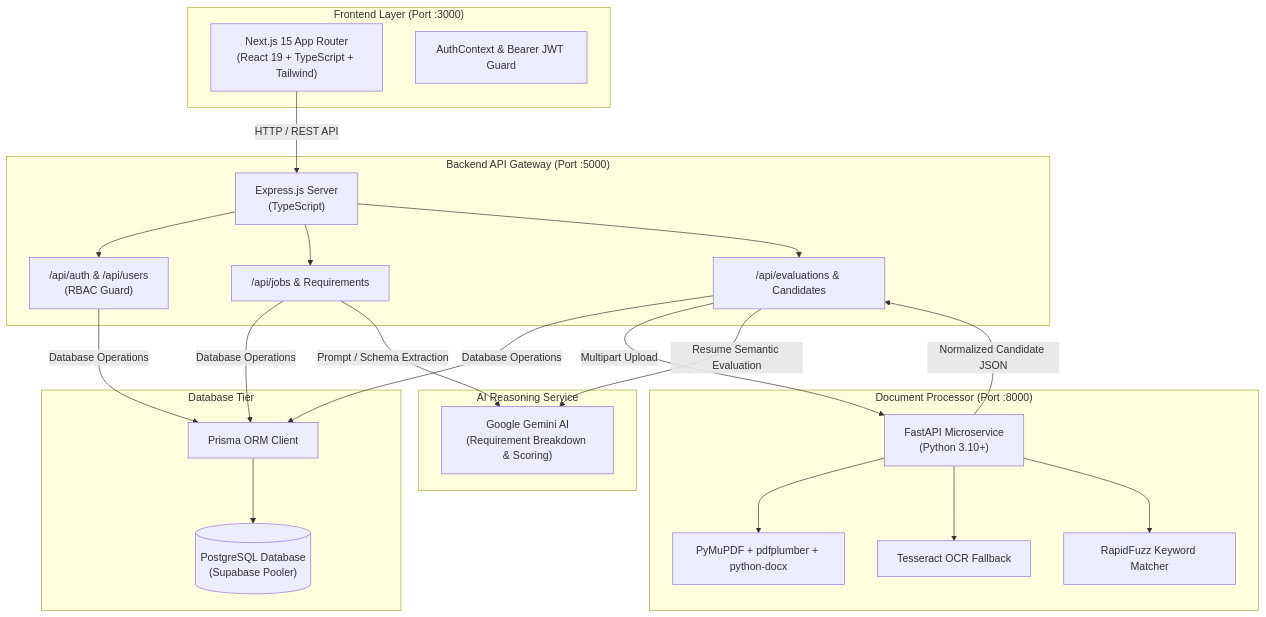
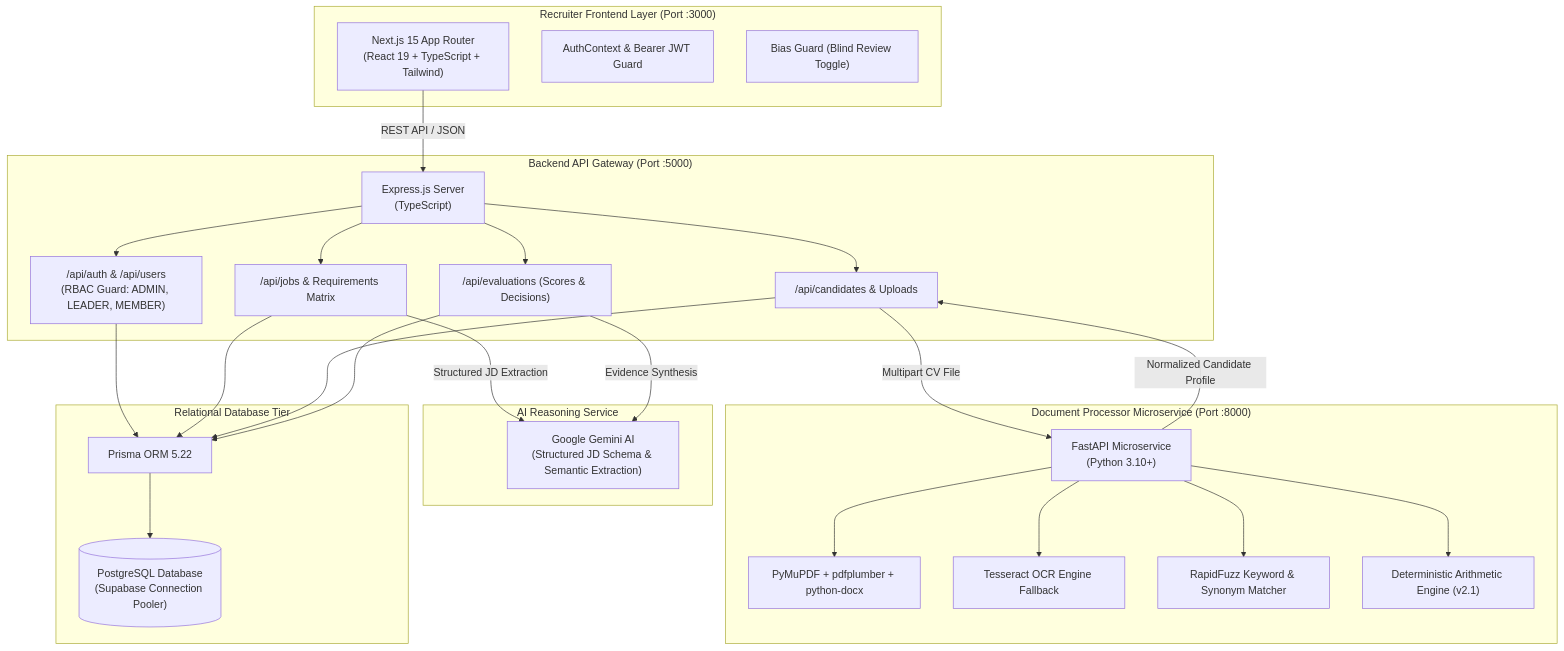
One commit to operations2003/ATS changed the diagram in README.md. Above: the diagram before and after it, drawn with Mermaid. The commit also changed other lines of this file and 13 other files, not shown here.

````diff
--- a/README.md
+++ b/README.md
@@ -81,49 +92,45 @@
 ```mermaid
 flowchart TD
-    subgraph Client["Frontend Layer (Port :3000)"]
+    subgraph Client["Recruiter Frontend Layer (Port :3000)"]
         Next["Next.js 15 App Router\n(React 19 + TypeScript + Tailwind)"]
         AuthContext["AuthContext & Bearer JWT Guard"]
+        BiasGuard["Bias Guard (Blind Review Toggle)"]
     end
 
     subgraph API["Backend API Gateway (Port :5000)"]
         Express["Express.js Server\n(TypeScript)"]
-        AuthRoute["/api/auth & /api/users\n(RBAC Guard)"]
-        JobRoute["/api/jobs & Requirements"]
-        EvalRoute["/api/evaluations & Candidates"]
+        AuthRoute["/api/auth & /api/users\n(RBAC Guard: ADMIN, LEADER, MEMBER)"]
+        JobRoute["/api/jobs & Requirements Matrix"]
+        CandidateRoute["/api/candidates & Uploads"]
+        EvalRoute["/api/evaluations (Scores & Decisions)"]
     end
 
-    subgraph Worker["Document Processor (Port :8000)"]
+    subgraph Worker["Document Processor Microservice (Port :8000)"]
         FastAPI["FastAPI Microservice\n(Python 3.10+)"]
         Parser["PyMuPDF + pdfplumber + python-docx"]
-        OCR["Tesseract OCR Fallback"]
-        Fuzz["RapidFuzz Keyword Matcher"]
+        OCR["Tesseract OCR Engine Fallback"]
+        Fuzz["RapidFuzz Keyword & Synonym Matcher"]
+        DeterministicEngine["Deterministic Arithmetic Engine (v2.1)"]
     end
 
     subgraph AI["AI Reasoning Service"]
-        Gemini["Google Gemini AI\n(Requirement Breakdown & Scoring)"]
+        Gemini["Google Gemini AI\n(Structured JD Schema & Semantic Extraction)"]
     end
 
-    subgraph Storage["Database Tier"]
-        Prisma["Prisma ORM Client"]
-        Postgres[("PostgreSQL Database\n(Supabase Pooler)")]
+    subgraph DB["Relational Database Tier"]
+        Prisma["Prisma ORM 5.22"]
+        Postgres[("PostgreSQL Database\n(Supabase Connection Pooler)")]
     end
 
-    Next -->|"HTTP / REST API"| Express
-    Express --> AuthRoute
-    Express --> JobRoute
-    Express --> EvalRoute
-
-    JobRoute -->|"Database Operations"| Prisma
-    EvalRoute -->|"Database Operations"| Prisma
-    AuthRoute -->|"Database Operations"| Prisma
+    Next -->|"REST API / JSON"| Express
+    Express --> AuthRoute & JobRoute & CandidateRoute & EvalRoute
+    AuthRoute & JobRoute & CandidateRoute & EvalRoute --> Prisma
     Prisma --> Postgres
 
-    EvalRoute -->|"Multipart Upload"| FastAPI
-    FastAPI --> Parser
-    FastAPI --> OCR
-    FastAPI --> Fuzz
-    FastAPI -->|"Normalized Candidate JSON"| EvalRoute
+    CandidateRoute -->|"Multipart CV File"| FastAPI
+    FastAPI --> Parser & OCR & Fuzz & DeterministicEngine
+    FastAPI -->|"Normalized Candidate Profile"| CandidateRoute
 
-    JobRoute -->|"Prompt / Schema Extraction"| Gemini
-    EvalRoute -->|"Resume Semantic Evaluation"| Gemini
+    JobRoute -->|"Structured JD Extraction"| Gemini
+    EvalRoute -->|"Evidence Synthesis"| Gemini
 ```
````
